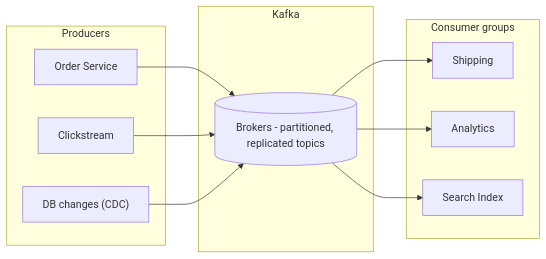
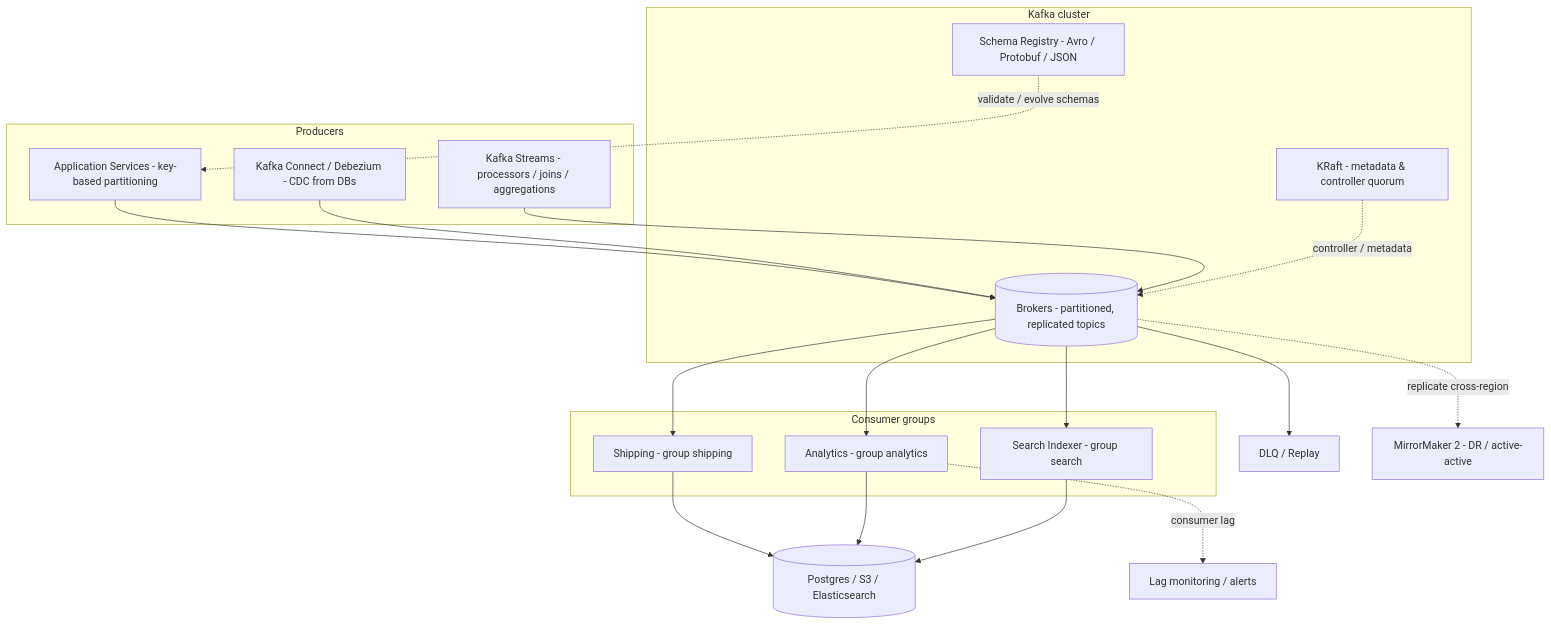
One commit to aishwary11/system-design changed the diagram in kafka-features.md. Above: the diagram before and after it, drawn with Mermaid. The commit also changed other lines of this file and 3 other files, not shown here.

First line of the commit message:
Upgrade feature-guide diagrams to production-grade mermaid

````diff
--- a/kafka-features.md
+++ b/kafka-features.md
@@ -9,22 +9,32 @@
 ```mermaid
-flowchart LR
+flowchart TB
     subgraph Producers
-        p1["Order Service"]
-        p2["Clickstream"]
-        p3["DB changes (CDC)"]
+        apps["Application Services - key-based partitioning"]
+        cdc["Kafka Connect / Debezium - CDC from DBs"]
+        streams["Kafka Streams - processors / joins / aggregations"]
     end
-    subgraph Kafka
-        b[("Brokers - partitioned, replicated topics")]
+    subgraph Kafka cluster
+        brokers[("Brokers - partitioned, replicated topics")]
+        kr["KRaft - metadata & controller quorum"]
+        sr["Schema Registry - Avro / Protobuf / JSON"]
     end
     subgraph Consumer groups
-        g1["Shipping"]
-        g2["Analytics"]
-        g3["Search Index"]
+        g1["Shipping - group shipping"]
+        g2["Analytics - group analytics"]
+        g3["Search Indexer - group search"]
     end
-    p1 --> b
-    p2 --> b
-    p3 --> b
-    b --> g1
-    b --> g2
-    b --> g3
+    apps --> brokers
+    cdc --> brokers
+    streams --> brokers
+    brokers --> g1
+    brokers --> g2
+    brokers --> g3
+    g1 --> sinks[("Postgres / S3 / Elasticsearch")]
+    g2 --> sinks
+    g3 --> sinks
+    brokers --> dlq["DLQ / Replay"]
+    brokers -. "replicate cross-region" .-> mm["MirrorMaker 2 - DR / active-active"]
+    sr -. "validate / evolve schemas" .-> apps
+    kr -. "controller / metadata" .-> brokers
+    g2 -. "consumer lag" .-> lag["Lag monitoring / alerts"]
 ```
````
